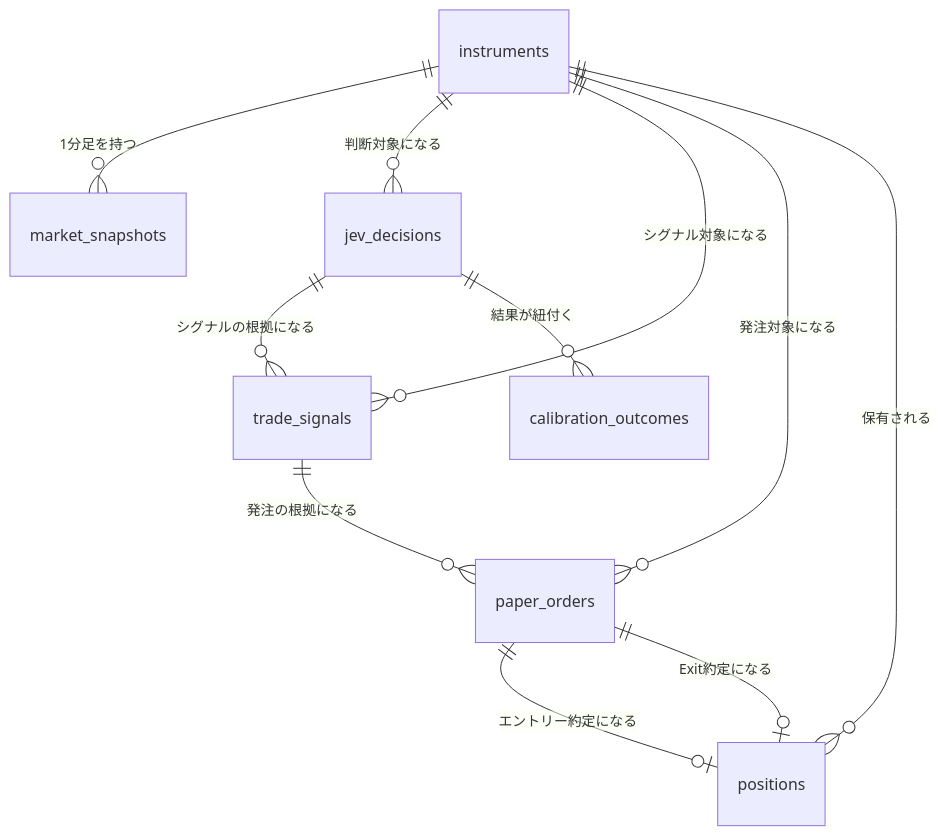
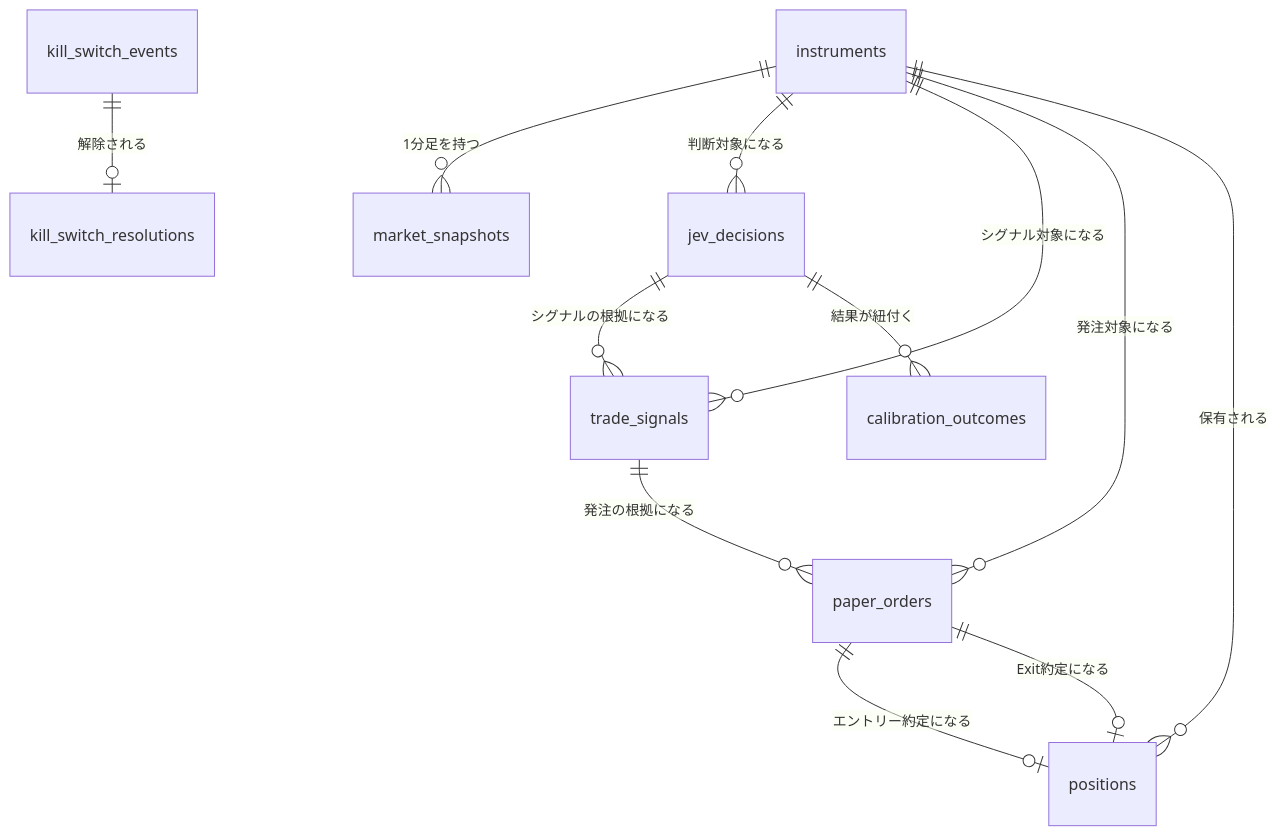
The first of 14 diagrams in docs/architecture/er.md (ousiassllc/pitha-trador), drawn with Mermaid before and after one commit. The commit also changed other lines of this file and 11 other files, not shown here.

First line of the commit message:
fix: kill_switch_eventsを追記専用の監査ログにしERへsecretsを追記

````diff
--- a/docs/architecture/er.md
+++ b/docs/architecture/er.md
@@ -20,13 +20,14 @@
 ```mermaid
 erDiagram
     instruments ||--o{ market_snapshots : "1分足を持つ"
     instruments ||--o{ jev_decisions : "判断対象になる"
     instruments ||--o{ trade_signals : "シグナル対象になる"
     instruments ||--o{ paper_orders : "発注対象になる"
     instruments ||--o{ positions : "保有される"
     jev_decisions ||--o{ trade_signals : "シグナルの根拠になる"
     jev_decisions ||--o{ calibration_outcomes : "結果が紐付く"
     trade_signals ||--o{ paper_orders : "発注の根拠になる"
     paper_orders ||--o| positions : "エントリー約定になる"
     paper_orders ||--o| positions : "Exit約定になる"
+    kill_switch_events ||--o| kill_switch_resolutions : "解除される"
 ```
````
